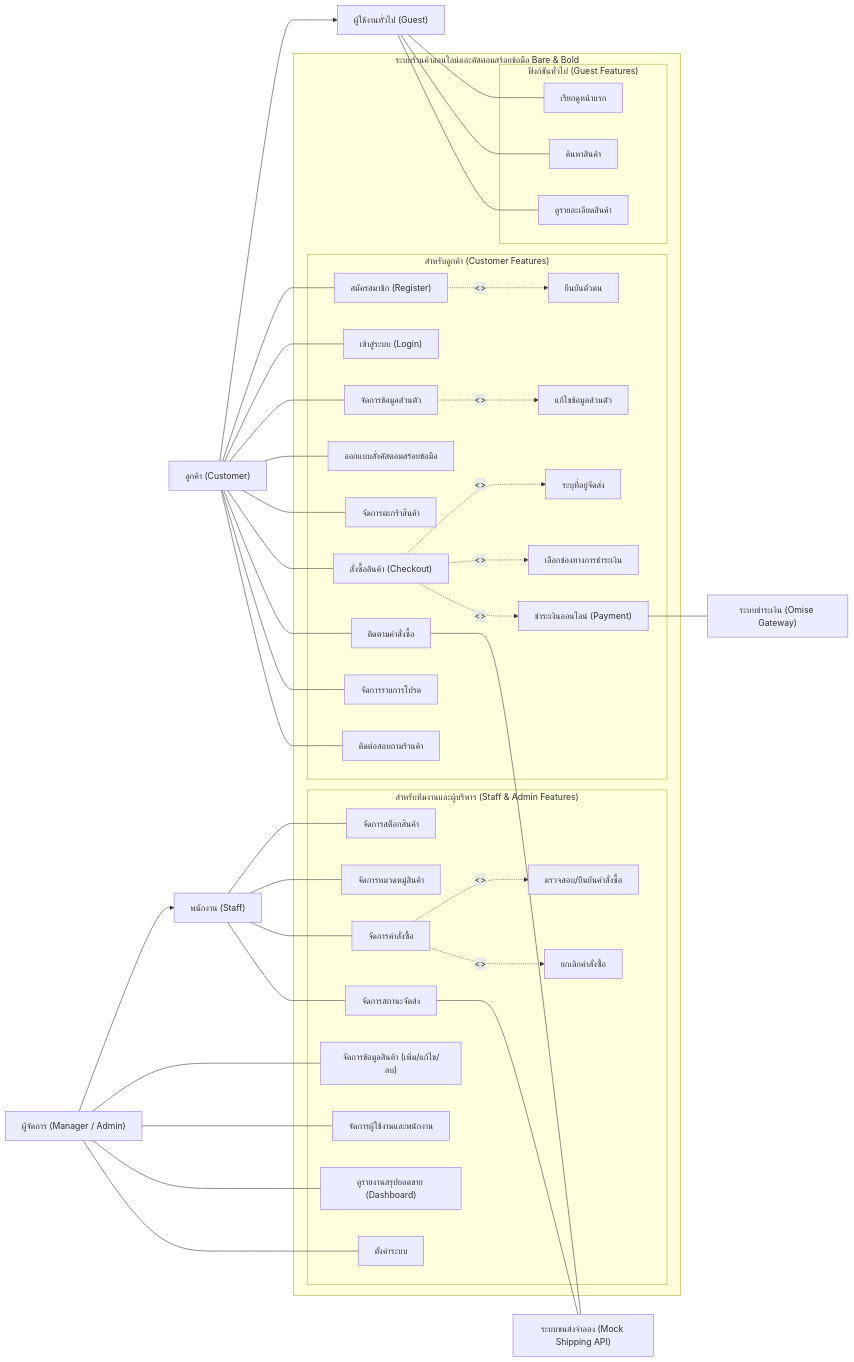
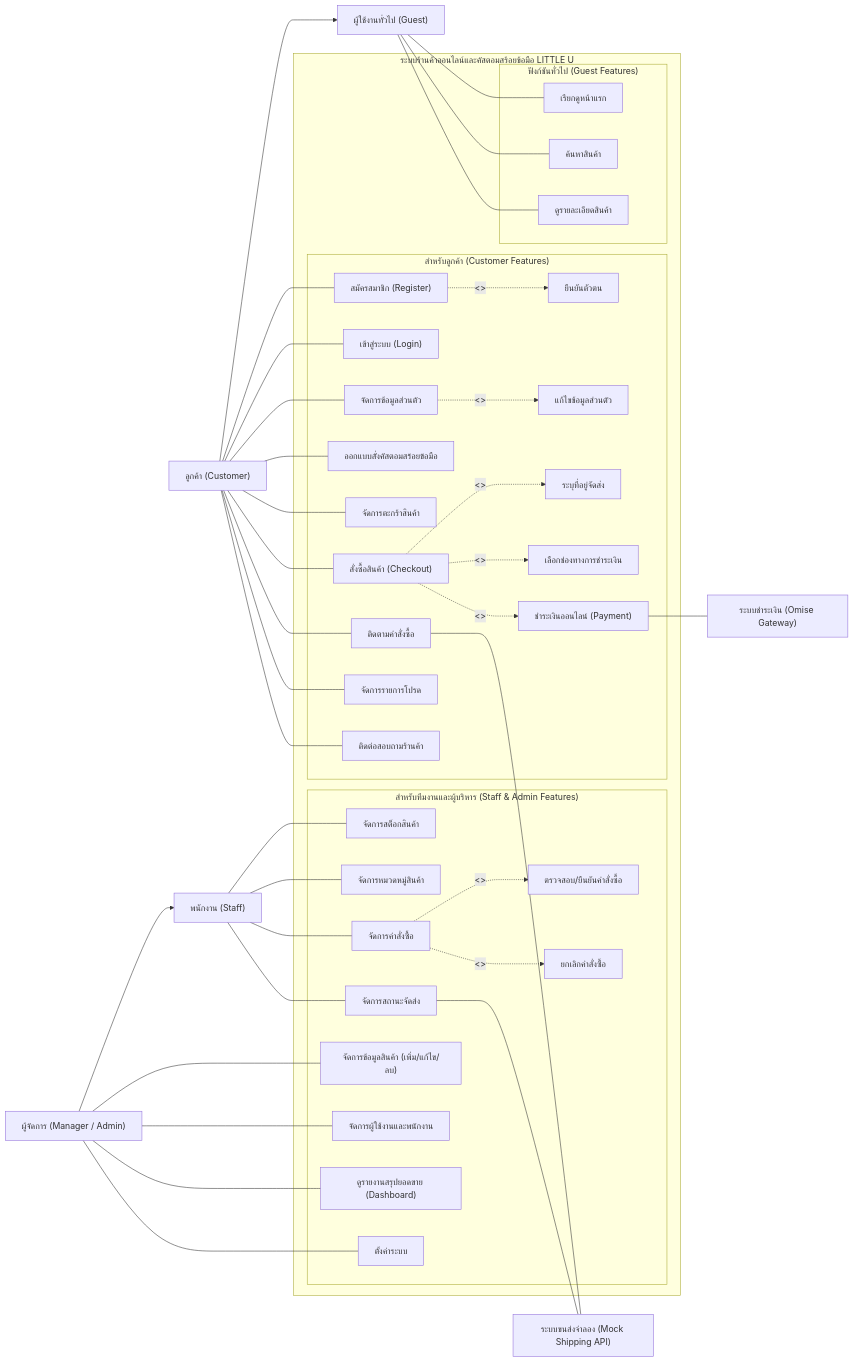
One commit to thatatornpaa-dotcom/Little-U-Accessories-Shop changed the diagram in front/use_case_diagram.mmd. Above: the diagram before and after it, drawn with Mermaid. The commit also changed 41 other files, not shown here.

```diff
--- a/front/use_case_diagram.mmd
+++ b/front/use_case_diagram.mmd
@@ -1,107 +1,107 @@
 graph LR
     %% ==========================================
     %% 1. ACTORS DEFINITION (Rectangles)
     %% ==========================================
     Guest["ผู้ใช้งานทั่วไป (Guest)"]
     Customer["ลูกค้า (Customer)"]
     Staff["พนักงาน (Staff)"]
     Manager["ผู้จัดการ (Manager / Admin)"]
 
     %% Actor Relationships
     Customer --> Guest
     Manager --> Staff
 
     %% ==========================================
     %% 2. SYSTEM BOUNDARY & USE CASES (Rectangles)
     %% ==========================================
-    subgraph SystemBoundary [" ระบบร้านค้าออนไลน์และคัสตอมสร้อยข้อมือ Bare & Bold "]
+    subgraph SystemBoundary [" ระบบร้านค้าออนไลน์และคัสตอมสร้อยข้อมือ LITTLE U "]
         
         %% Guest Area
         subgraph GuestUC ["ฟังก์ชันทั่วไป (Guest Features)"]
             UC_Browse["เรียกดูหน้าแรก"]
             UC_Search["ค้นหาสินค้า"]
             UC_ViewDetail["ดูรายละเอียดสินค้า"]
         end
 
         %% Customer Area
         subgraph CustomerUC ["สำหรับลูกค้า (Customer Features)"]
             UC_Register["สมัครสมาชิก (Register)"]
             UC_Verify["ยืนยันตัวตน"]
             UC_Login["เข้าสู่ระบบ (Login)"]
             UC_Profile["จัดการข้อมูลส่วนตัว"]
             UC_EditProfile["แก้ไขข้อมูลส่วนตัว"]
             UC_Custom["ออกแบบสั่งคัสตอมสร้อยข้อมือ"]
             UC_Cart["จัดการตะกร้าสินค้า"]
             UC_Checkout["สั่งซื้อสินค้า (Checkout)"]
             UC_Address["ระบุที่อยู่จัดส่ง"]
             UC_PayMethod["เลือกช่องทางการชำระเงิน"]
             UC_Payment["ชำระเงินออนไลน์ (Payment)"]
             UC_Track["ติดตามคำสั่งซื้อ"]
             UC_Wishlist["จัดการรายการโปรด"]
             UC_Contact["ติดต่อสอบถามร้านค้า"]
         end
 
         %% Staff & Admin Area
         subgraph StaffAdminUC ["สำหรับทีมงานและผู้บริหาร (Staff & Admin Features)"]
             UC_ManageStock["จัดการสต็อกสินค้า"]
             UC_ManageCategory["จัดการหมวดหมู่สินค้า"]
             UC_ManageOrder["จัดการคำสั่งซื้อ"]
             UC_ConfirmOrder["ตรวจสอบ/ยืนยันคำสั่งซื้อ"]
             UC_CancelOrder["ยกเลิกคำสั่งซื้อ"]
             UC_ManageShipping["จัดการสถานะจัดส่ง"]
             UC_ManageProduct["จัดการข้อมูลสินค้า (เพิ่ม/แก้ไข/ลบ)"]
            
             UC_ManageUsers["จัดการผู้ใช้งานและพนักงาน"]
             UC_Dashboard["ดูรายงานสรุปยอดขาย (Dashboard)"]
             UC_Settings["ตั้งค่าระบบ"]
         end
     end
 
     %% ==========================================
     %% 3. USE CASE RELATIONSHIPS (Includes)
     %% ==========================================
     UC_Register -.->|"<<include>>"| UC_Verify
     UC_Profile -.->|"<<include>>"| UC_EditProfile
     UC_Checkout -.->|"<<include>>"| UC_Address
     UC_Checkout -.->|"<<include>>"| UC_PayMethod
     UC_Checkout -.->|"<<include>>"| UC_Payment
     
     UC_ManageOrder -.->|"<<include>>"| UC_ConfirmOrder
     UC_ManageOrder -.->|"<<include>>"| UC_CancelOrder
 
     %% ==========================================
     %% 4. ACTOR TO USE CASE CONNECTIONS
     %% ==========================================
     Guest --- UC_Browse
     Guest --- UC_Search
     Guest --- UC_ViewDetail
 
     Customer --- UC_Register
     Customer --- UC_Login
     Customer --- UC_Profile
     Customer --- UC_Custom
     Customer --- UC_Cart
     Customer --- UC_Checkout
     Customer --- UC_Track
     Customer --- UC_Wishlist
     Customer --- UC_Contact
 
     Staff --- UC_ManageStock
     Staff --- UC_ManageCategory
     Staff --- UC_ManageOrder
     Staff --- UC_ManageShipping
 
     Manager --- UC_ManageProduct
     Manager --- UC_ManageUsers
     Manager --- UC_Dashboard
     Manager --- UC_Settings
 
     %% ==========================================
     %% 5. EXTERNAL SYSTEMS (Secondary Actors)
     %% ==========================================
     Omise["ระบบชำระเงิน (Omise Gateway)"]
     ShippingAPI["ระบบขนส่งจำลอง (Mock Shipping API)"]
 
     UC_Payment --- Omise
     UC_Track --- ShippingAPI
     UC_ManageShipping --- ShippingAPI
```
